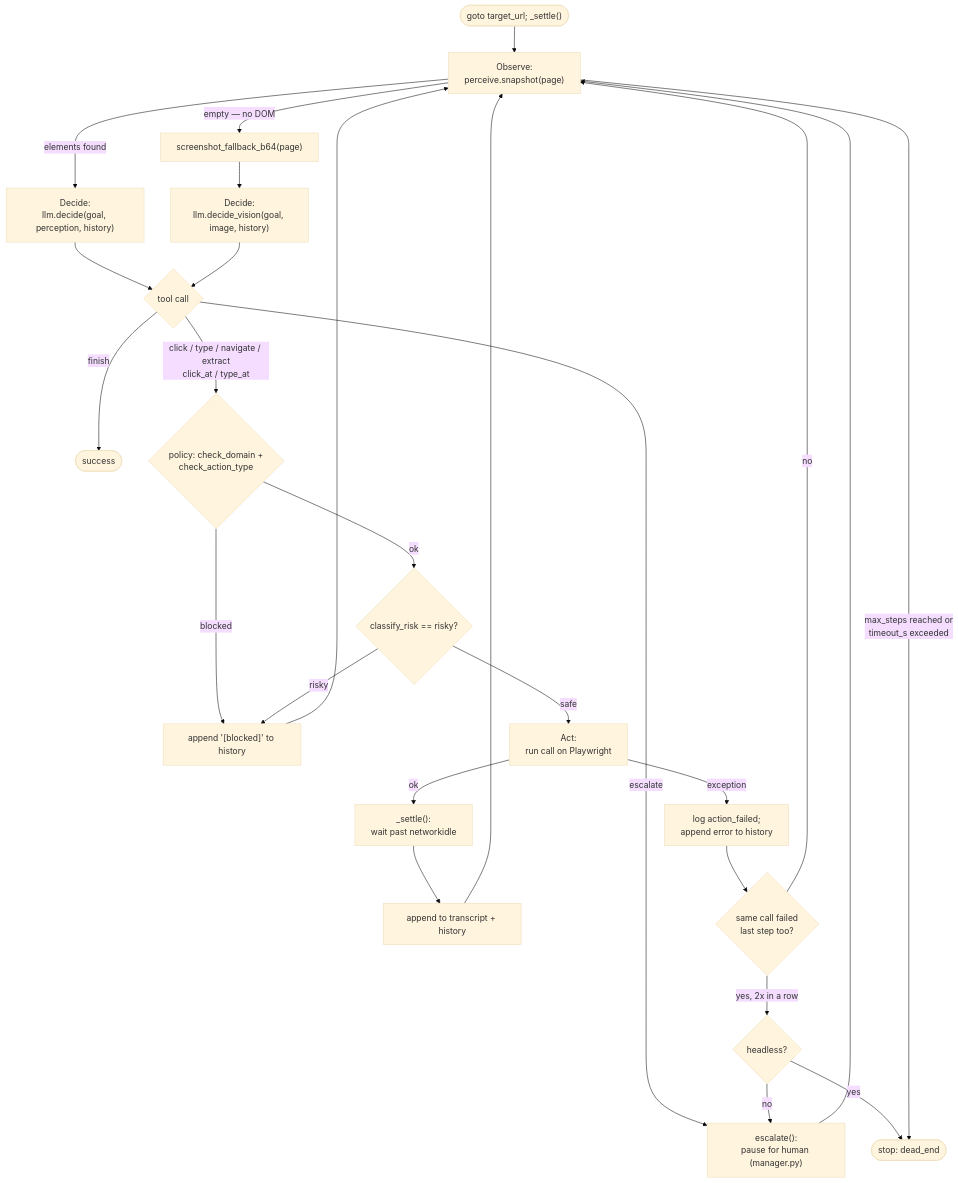
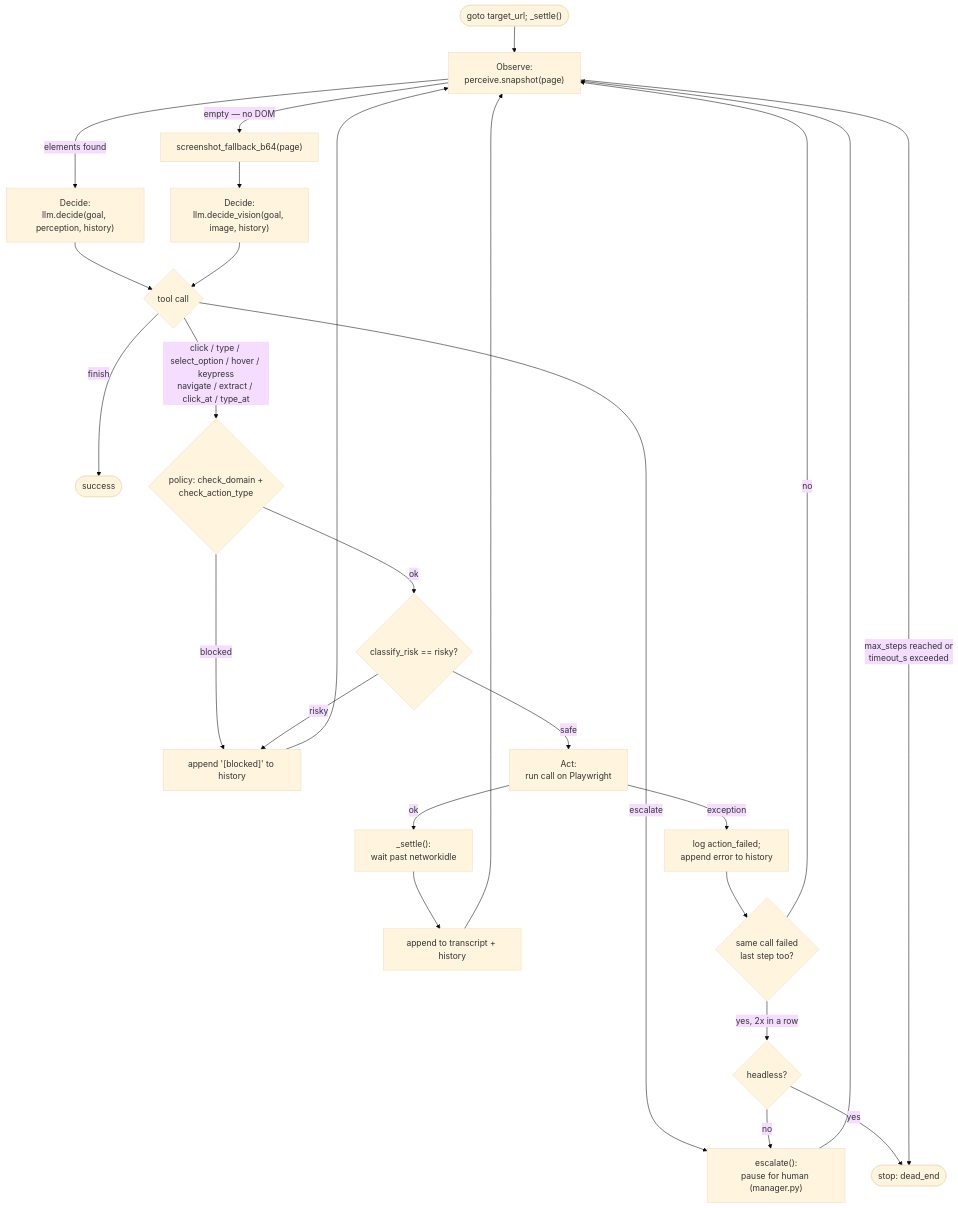
Before and after one commit to LordZerror/Computer-Use-Automation-System: the diagram in docs/DISCOVERY_LOOP.md, drawn with Mermaid (base theme). The commit also changed other lines of this file and 22 other files, not shown here.

````diff
--- a/docs/DISCOVERY_LOOP.md
+++ b/docs/DISCOVERY_LOOP.md
@@ -30,36 +31,36 @@
 ```mermaid
 flowchart TD
     S(["goto target_url; _settle()"]) --> OBS["Observe:\nperceive.snapshot(page)"]
 
     OBS -->|"elements found"| DEC1["Decide:\nllm.decide(goal, perception, history)"]
     OBS -->|"empty — no DOM"| SHOT["screenshot_fallback_b64(page)"]
     SHOT --> DEC2["Decide:\nllm.decide_vision(goal, image, history)"]
 
     DEC1 --> CALL{"tool call"}
     DEC2 --> CALL
 
     CALL -->|"finish"| DONE(["success"])
     CALL -->|"escalate"| ESC["escalate():\npause for human (manager.py)"]
     ESC --> OBS
 
-    CALL -->|"click / type / navigate / extract\nclick_at / type_at"| POL{"policy: check_domain +\ncheck_action_type"}
+    CALL -->|"click / type / select_option / hover / keypress\nnavigate / extract / click_at / type_at"| POL{"policy: check_domain +\ncheck_action_type"}
     POL -->|"blocked"| HIST["append '[blocked]' to history"]
     HIST --> OBS
 
     POL -->|"ok"| RISK{"classify_risk == risky?"}
     RISK -->|"risky"| HIST
     RISK -->|"safe"| ACT["Act:\nrun call on Playwright"]
 
     ACT -->|"ok"| SETTLE["_settle():\nwait past networkidle"]
     SETTLE --> REC["append to transcript + history"]
     REC --> OBS
 
     ACT -->|"exception"| ERR["log action_failed;\nappend error to history"]
     ERR --> DUP{"same call failed\nlast step too?"}
     DUP -->|"no"| OBS
     DUP -->|"yes, 2x in a row"| HL{"headless?"}
     HL -->|"yes"| STOP(["stop: dead_end"])
     HL -->|"no"| ESC
 
     OBS -->|"max_steps reached or\ntimeout_s exceeded"| STOP
 ```
````
